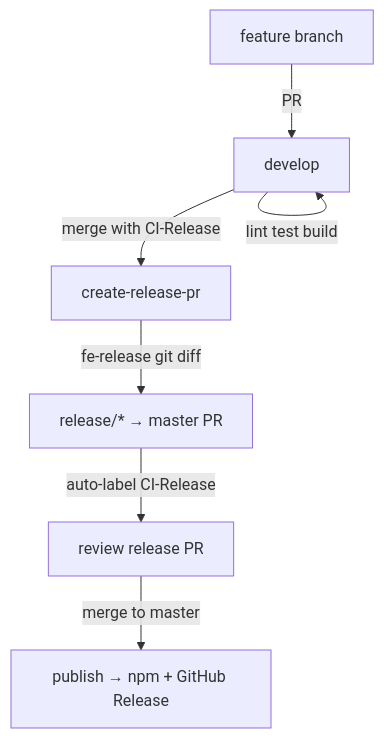
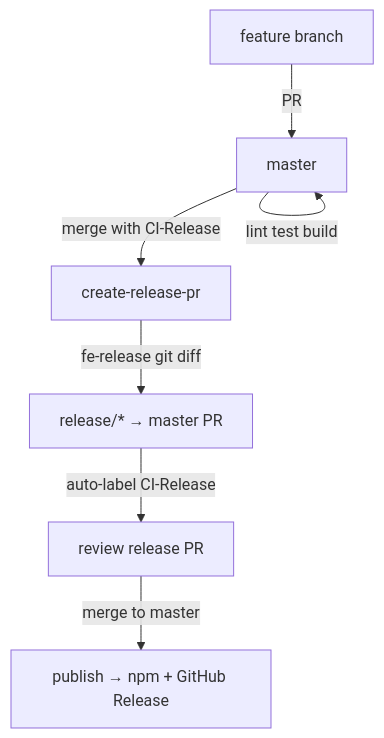
One commit to qlover/fe-base changed the diagram in packages/fe-release/README_EN.md. Above: the diagram before and after it, drawn with Mermaid. The commit also changed other lines of this file and 6 other files, not shown here.

````diff
--- a/packages/fe-release/README_EN.md
+++ b/packages/fe-release/README_EN.md
@@ -221,9 +222,9 @@
 ```mermaid
 graph TD
-    A[feature branch] -->|PR| B[develop]
+    A[feature branch] -->|PR| B[master]
     B -->|lint test build| B
     B -->|merge with CI-Release| C[create-release-pr]
     C -->|fe-release git diff| D[release/* → master PR]
     D -->|auto-label CI-Release| E[review release PR]
     E -->|merge to master| F[publish → npm + GitHub Release]
 ```
````
